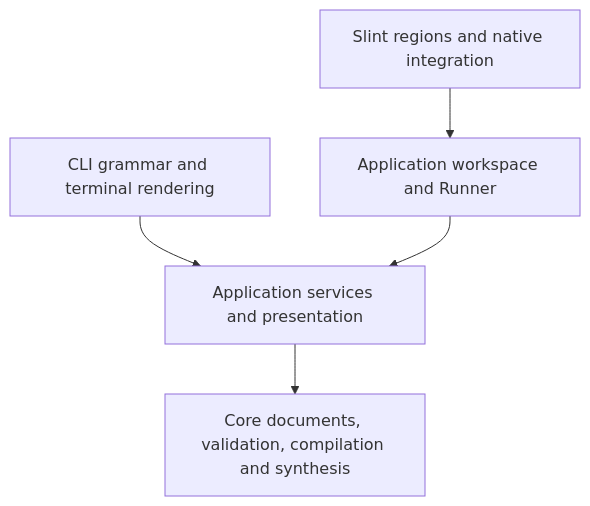
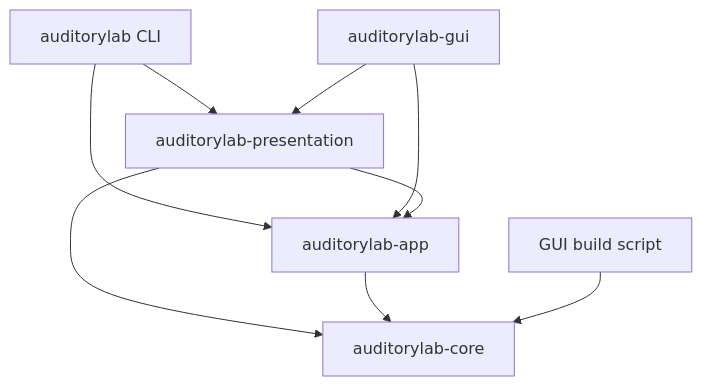
One commit to resoltico/AuditoryLab changed the first of 2 diagrams in docs/architecture.md. Above: the diagram before and after it, drawn with Mermaid. The commit also changed other lines of this file and 10 other files, not shown here.

````diff
--- a/docs/architecture.md
+++ b/docs/architecture.md
@@ -5,7 +5,11 @@
 ```mermaid
 flowchart TD
-    CLI[CLI grammar and terminal rendering] --> APP[Application services and presentation]
-    GUI[Slint regions and native integration] --> WS[Application workspace and Runner]
-    WS --> APP
-    APP --> CORE[Core documents, validation, compilation and synthesis]
+    CLI[auditorylab CLI] --> P[auditorylab-presentation]
+    GUI[auditorylab-gui] --> P
+    CLI --> APP[auditorylab-app]
+    GUI --> APP
+    P --> APP
+    P --> CORE[auditorylab-core]
+    APP --> CORE
+    BUILD[GUI build script] --> CORE
 ```
````
